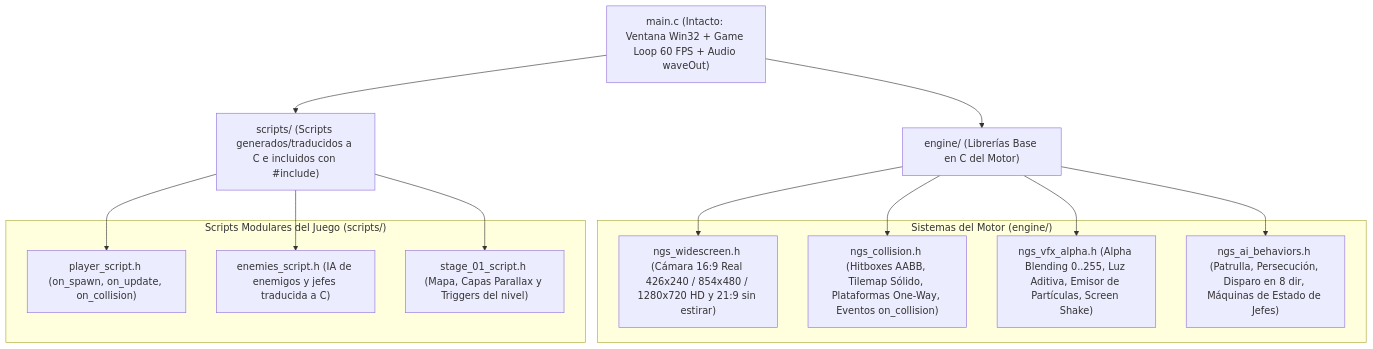
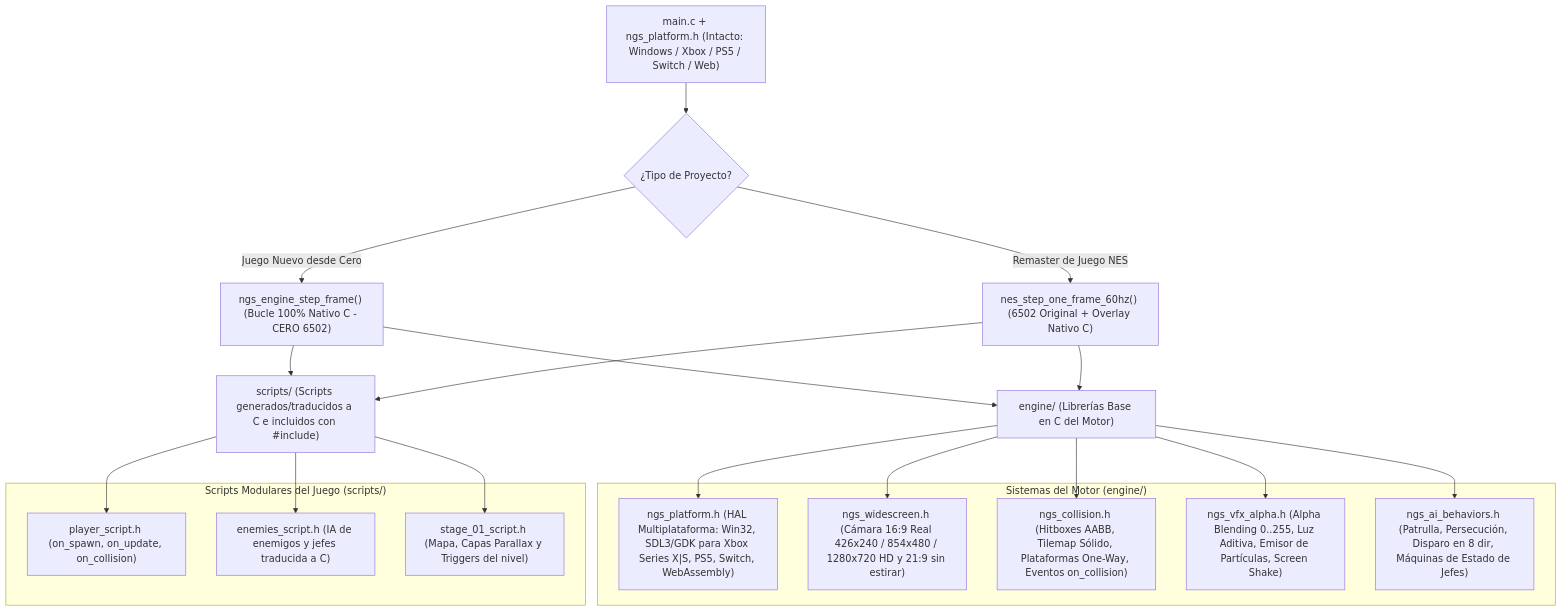
The fourth of 4 diagrams in PLAN_IMPLEMENTACION.md (iztaneo/NesGameStudio), drawn with Mermaid before and after one commit. The commit also changed other lines of this file and 1 other file, not shown here.

Commit message:
docs: Add native non-6502 game loop for new games and PS5/Xbox/Switch HAL export

````diff
--- a/PLAN_IMPLEMENTACION.md
+++ b/PLAN_IMPLEMENTACION.md
@@ -151,26 +155,34 @@
 ```mermaid
 flowchart TD
-    MAIN["main.c (Intacto: Ventana Win32 + Game Loop 60 FPS + Audio waveOut)"] --> ENG["engine/ (Librerías Base en C del Motor)"]
-    MAIN --> SCR["scripts/ (Scripts generados/traducidos a C e incluidos con #include)"]
+    MAIN["main.c + ngs_platform.h (Intacto: Windows / Xbox / PS5 / Switch / Web)"] --> LOOP{"¿Tipo de Proyecto?"}
+    LOOP -->|"Juego Nuevo desde Cero"| NAT["ngs_engine_step_frame() (Bucle 100% Nativo C - CERO 6502)"]
+    LOOP -->|"Remaster de Juego NES"| HYB["nes_step_one_frame_60hz() (6502 Original + Overlay Nativo C)"]
+
+    NAT --> ENG["engine/ (Librerías Base en C del Motor)"]
+    HYB --> ENG
+    NAT --> SCR["scripts/ (Scripts generados/traducidos a C e incluidos con #include)"]
+    HYB --> SCR
 
     subgraph Motores["Sistemas del Motor (engine/)"]
+        PLAT["ngs_platform.h (HAL Multiplataforma: Win32, SDL3/GDK para Xbox Series X|S, PS5, Switch, WebAssembly)"]
         CAM["ngs_widescreen.h (Cámara 16:9 Real 426x240 / 854x480 / 1280x720 HD y 21:9 sin estirar)"]
         COL["ngs_collision.h (Hitboxes AABB, Tilemap Sólido, Plataformas One-Way, Eventos on_collision)"]
         VFX["ngs_vfx_alpha.h (Alpha Blending 0..255, Luz Aditiva, Emisor de Partículas, Screen Shake)"]
         AI["ngs_ai_behaviors.h (Patrulla, Persecución, Disparo en 8 dir, Máquinas de Estado de Jefes)"]
     end
 
     subgraph ScriptsJuego["Scripts Modulares del Juego (scripts/)"]
         S_PL["player_script.h (on_spawn, on_update, on_collision)"]
         S_EN["enemies_script.h (IA de enemigos y jefes traducida a C)"]
         S_ST["stage_01_script.h (Mapa, Capas Parallax y Triggers del nivel)"]
     end
 
+    ENG --> PLAT
     ENG --> CAM
     ENG --> COL
     ENG --> VFX
     ENG --> AI
     SCR --> S_PL
     SCR --> S_EN
     SCR --> S_ST
 ```
````
